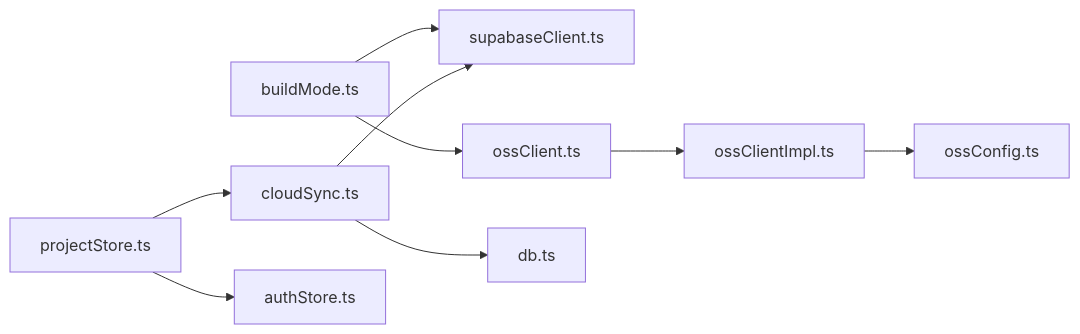
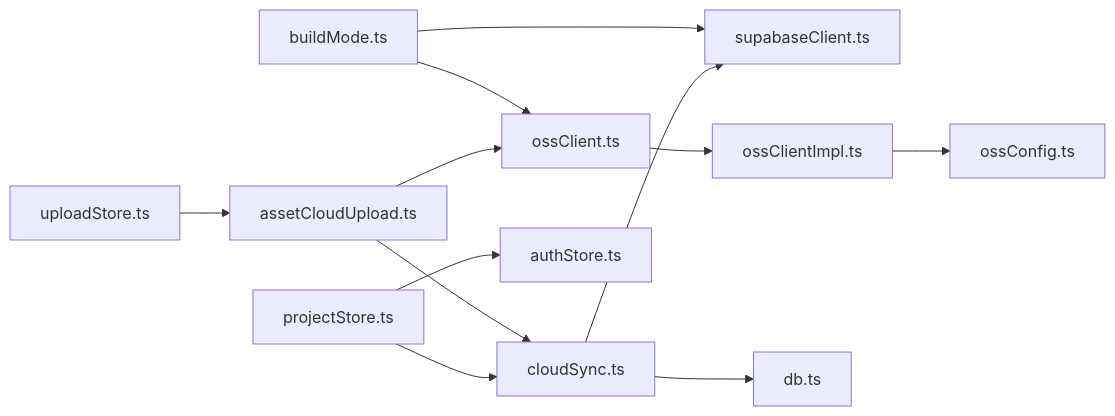
The fifth of 5 diagrams in .qoder/repowiki/zh/content/协作同步系统/云端同步.md (suqi-bot/SuQCanvas), drawn with Mermaid before and after one commit. The commit also changed other lines of this file and 69 other files, not shown here.

````diff
--- a/.qoder/repowiki/zh/content/协作同步系统/云端同步.md
+++ b/.qoder/repowiki/zh/content/协作同步系统/云端同步.md
@@ -287,11 +374,14 @@
 ```mermaid
 graph LR
 BM["buildMode.ts"] --> SC["supabaseClient.ts"]
 BM --> OC["ossClient.ts"]
 OC --> OCI["ossClientImpl.ts"]
 OCI --> CFG["ossConfig.ts"]
 CS["cloudSync.ts"] --> SC
 CS --> DB["db.ts"]
+ACU["assetCloudUpload.ts"] --> CS
+ACU --> OC
+US["uploadStore.ts"] --> ACU
 PS["projectStore.ts"] --> CS
 PS --> AS["authStore.ts"]
 ```
````
